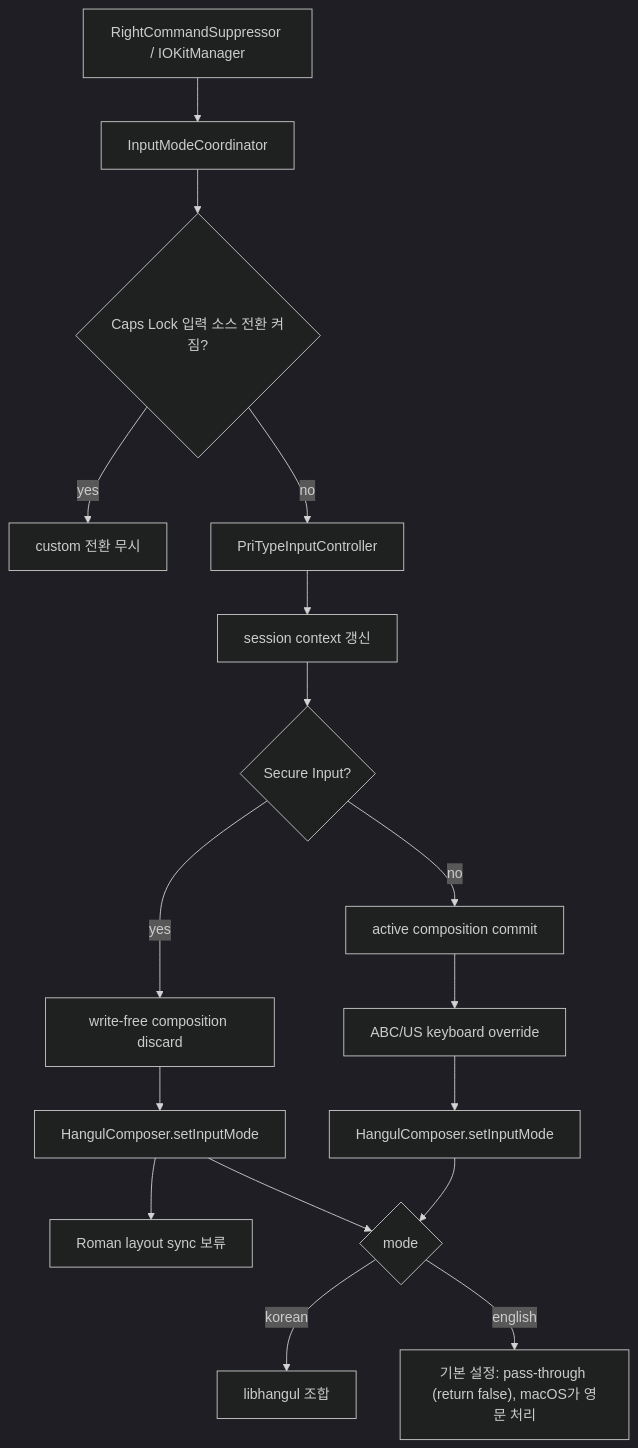
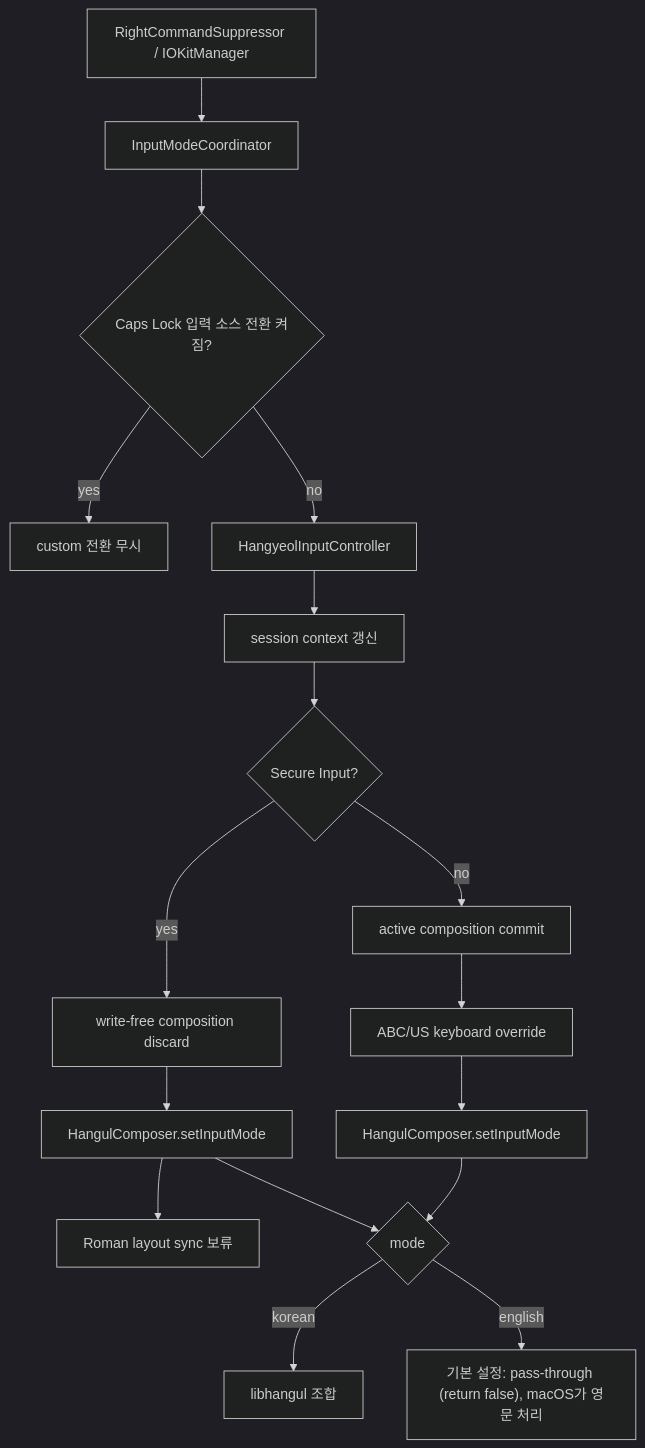
Before and after one commit to thlim-cube/Hangyeol: the diagram in ARCHITECTURE.md, drawn with Mermaid (dark theme). The commit also changed other lines of this file and 171 other files, not shown here.

````diff
--- a/ARCHITECTURE.md
+++ b/ARCHITECTURE.md
@@ -102,19 +102,19 @@
 ```mermaid
 flowchart TD
     A["RightCommandSuppressor / IOKitManager"] --> B["InputModeCoordinator"]
     B --> C{"Caps Lock 입력 소스 전환 켜짐?"}
     C -->|"yes"| D["custom 전환 무시"]
-    C -->|"no"| E["PriTypeInputController"]
+    C -->|"no"| E["HangyeolInputController"]
     E --> L["session context 갱신"]
     L --> M{"Secure Input?"}
     M -->|"no"| F["active composition commit"]
     F --> G["ABC/US keyboard override"]
     G --> H["HangulComposer.setInputMode"]
     M -->|"yes"| N["write-free composition discard"]
     N --> O["HangulComposer.setInputMode"]
     O --> P["Roman layout sync 보류"]
     O --> I
     H --> I{"mode"}
     I -->|"korean"| J["libhangul 조합"]
     I -->|"english"| K["기본 설정: pass-through (return false), macOS가 영문 처리"]
 ```
````
